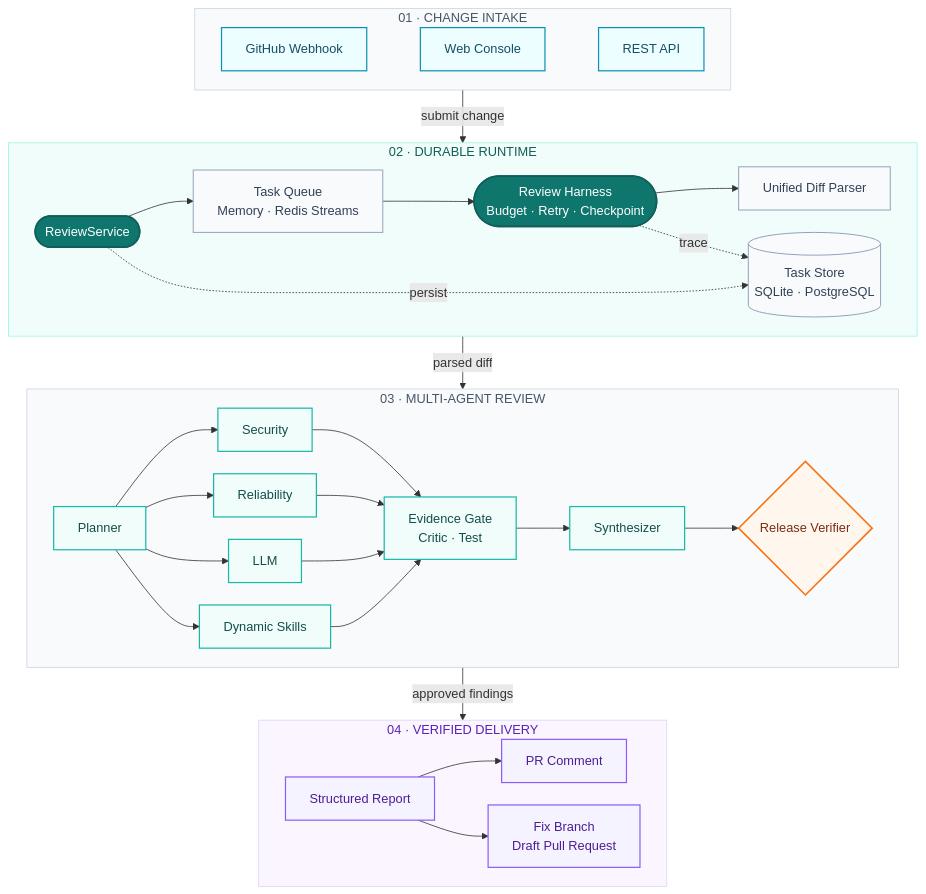
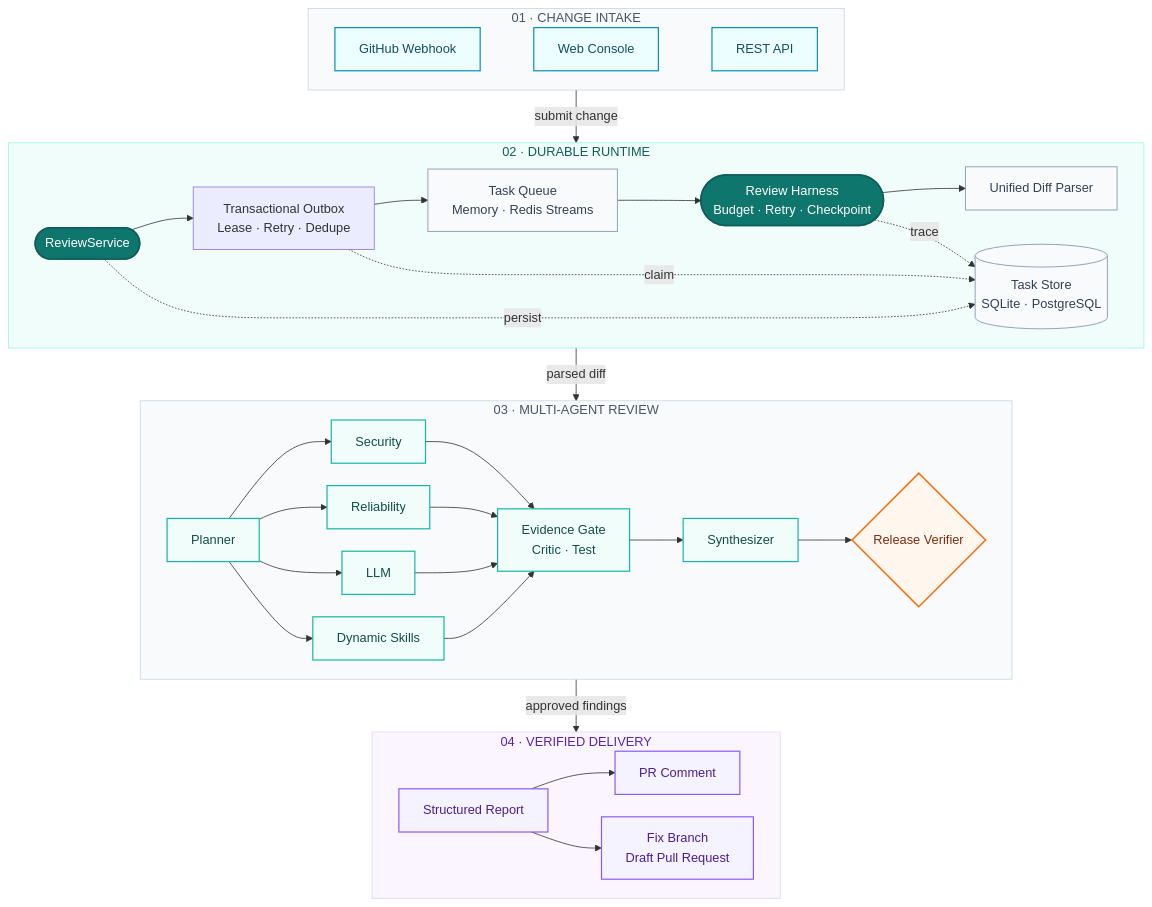
Before and after one commit to God1007/EvoAgent: the first of 2 diagrams in README.md, drawn with Mermaid. The commit also changed other lines of this file and 28 other files, not shown here.

Commit message:
feat: add transactional outbox delivery

````diff
--- a/README.md
+++ b/README.md
@@ -55,80 +55,82 @@
 ```mermaid
 %%{init: {"flowchart": {"curve": "basis", "nodeSpacing": 28, "rankSpacing": 42}}}%%
 flowchart TB
     subgraph INTAKE["01 · CHANGE INTAKE"]
         direction LR
         GH["GitHub Webhook"]
         WEB["Web Console"]
         API["REST API"]
 
         GH ~~~ WEB ~~~ API
     end
 
     subgraph RUNTIME["02 · DURABLE RUNTIME"]
         direction LR
         SERVICE(["ReviewService"])
+        OUTBOX["Transactional Outbox<br/>Lease · Retry · Dedupe"]
         QUEUE["Task Queue<br/>Memory · Redis Streams"]
         HARNESS(["Review Harness<br/>Budget · Retry · Checkpoint"])
         PARSER["Unified Diff Parser"]
         STORE[("Task Store<br/>SQLite · PostgreSQL")]
 
-        SERVICE --> QUEUE --> HARNESS --> PARSER
+        SERVICE --> OUTBOX --> QUEUE --> HARNESS --> PARSER
         SERVICE -. "persist" .-> STORE
+        OUTBOX -. "claim" .-> STORE
         HARNESS -. "trace" .-> STORE
     end
 
     subgraph REVIEW["03 · MULTI-AGENT REVIEW"]
         direction LR
         PLAN["Planner"]
         SEC["Security"]
         REL["Reliability"]
         LLM["LLM"]
         SKILL["Dynamic Skills"]
         EVIDENCE["Evidence Gate<br/>Critic · Test"]
         SYNTH["Synthesizer"]
         VERIFY{"Release Verifier"}
 
         PLAN --> SEC
         PLAN --> REL
         PLAN --> LLM
         PLAN --> SKILL
         SEC --> EVIDENCE
         REL --> EVIDENCE
         LLM --> EVIDENCE
         SKILL --> EVIDENCE
         EVIDENCE --> SYNTH --> VERIFY
     end
 
     subgraph DELIVERY["04 · VERIFIED DELIVERY"]
         direction LR
         REPORT["Structured Report"]
         COMMENT["PR Comment"]
         FIX["Fix Branch<br/>Draft Pull Request"]
 
         REPORT --> COMMENT
         REPORT --> FIX
     end
 
     INTAKE -->|submit change| RUNTIME
     RUNTIME -->|parsed diff| REVIEW
     REVIEW -->|approved findings| DELIVERY
 
     classDef entry fill:#ECFEFF,stroke:#0891B2,color:#164E63,stroke-width:1.5px;
     classDef core fill:#0F766E,stroke:#115E59,color:#FFFFFF,stroke-width:2px;
     classDef infra fill:#F8FAFC,stroke:#94A3B8,color:#334155,stroke-width:1.25px;
     classDef agent fill:#F0FDFA,stroke:#14B8A6,color:#134E4A,stroke-width:1.5px;
     classDef gate fill:#FFF7ED,stroke:#F97316,color:#7C2D12,stroke-width:2px;
     classDef output fill:#F5F3FF,stroke:#8B5CF6,color:#4C1D95,stroke-width:1.5px;
 
     class GH,WEB,API entry;
     class SERVICE,HARNESS core;
     class QUEUE,PARSER,STORE infra;
     class PLAN,SEC,REL,LLM,SKILL,EVIDENCE,SYNTH agent;
     class VERIFY gate;
     class REPORT,COMMENT,FIX output;
 
     style INTAKE fill:#F8FAFC,stroke:#CBD5E1,stroke-width:1px,color:#475569;
     style RUNTIME fill:#F0FDFA,stroke:#99F6E4,stroke-width:1px,color:#115E59;
     style REVIEW fill:#F8FAFC,stroke:#CBD5E1,stroke-width:1px,color:#475569;
     style DELIVERY fill:#FAF5FF,stroke:#DDD6FE,stroke-width:1px,color:#5B21B6;
 ```
````
